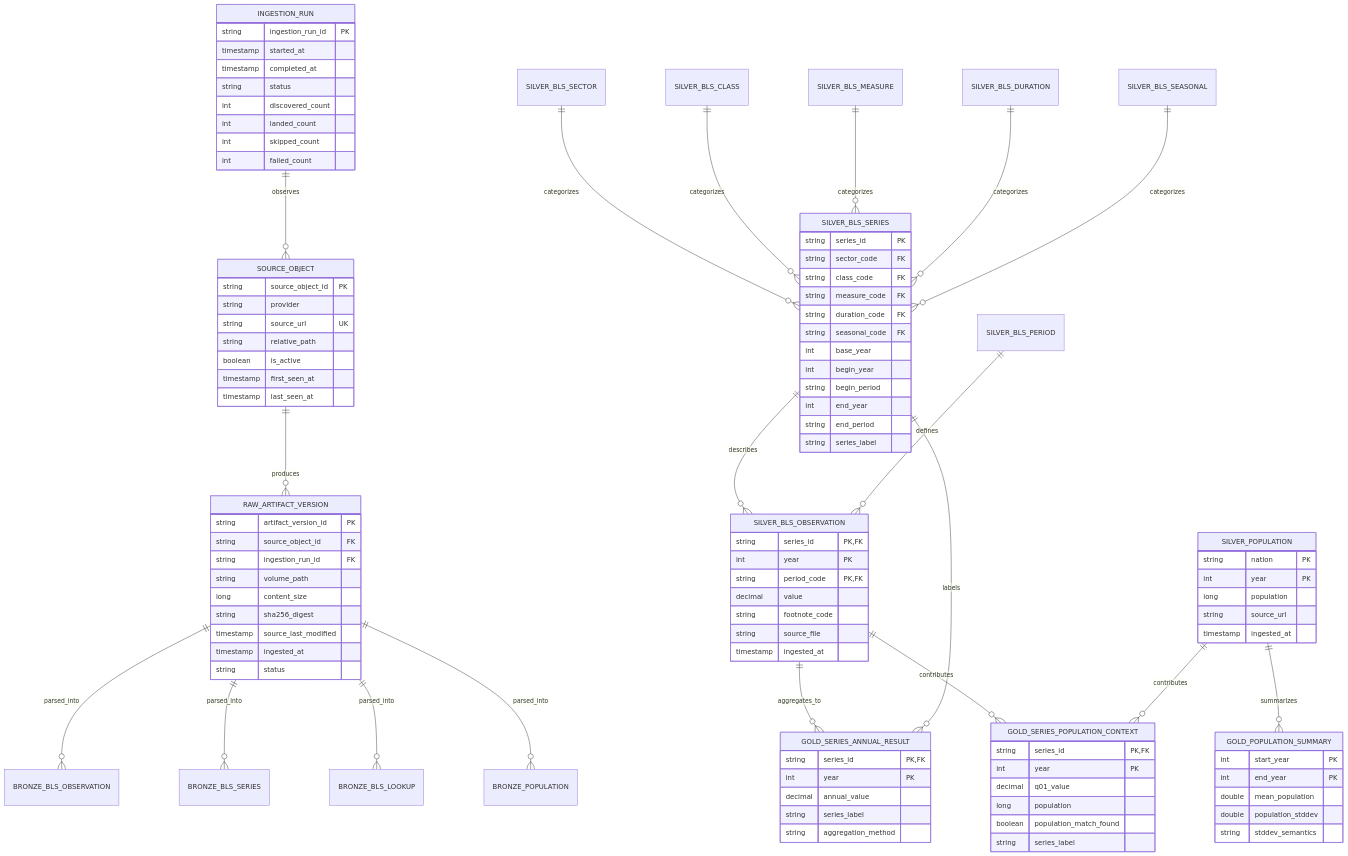
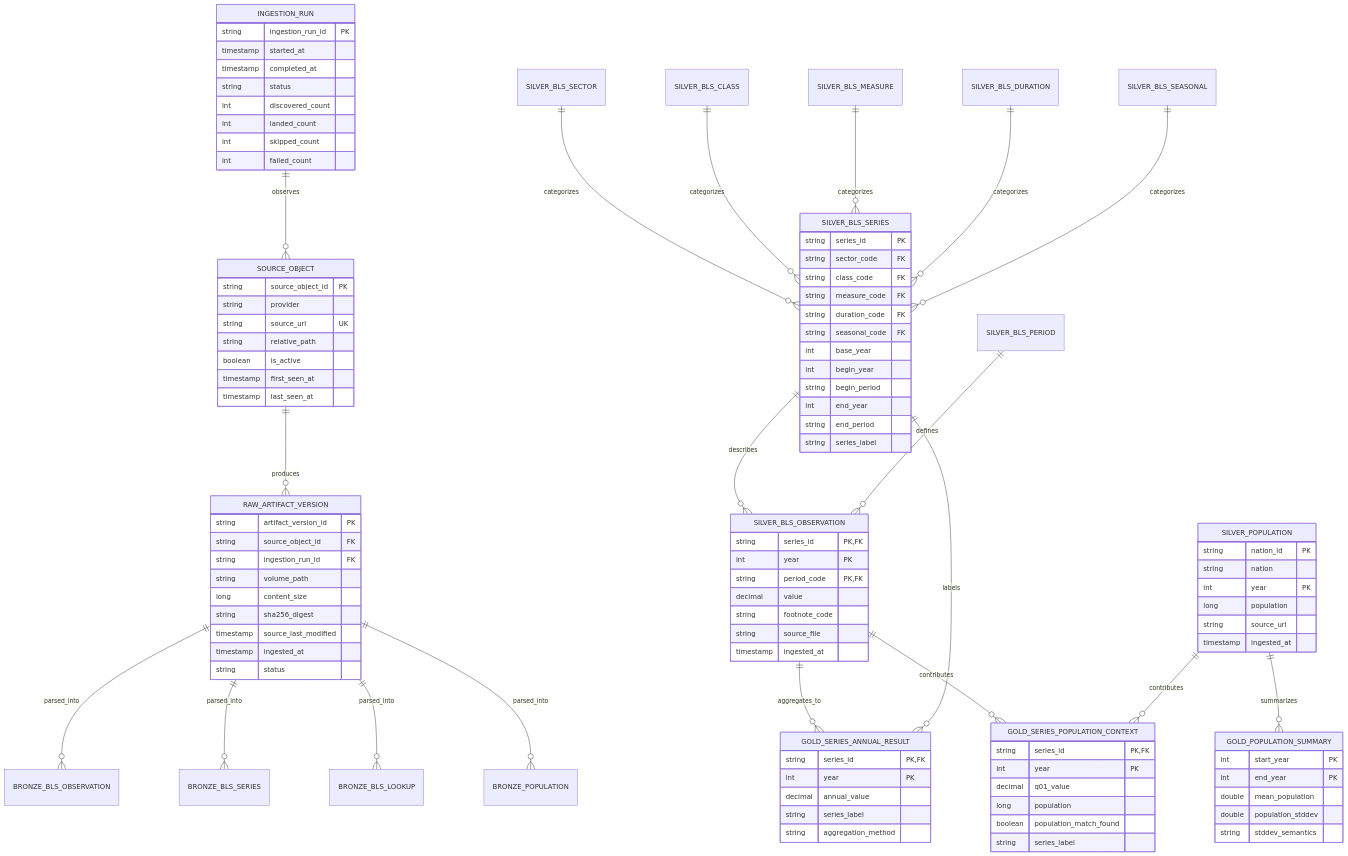
One commit to Hgaines88/data-quest changed the diagram in docs/LOGICAL_DATA_MODEL.md. Above: the diagram before and after it, drawn with Mermaid. The commit also changed other lines of this file and 3 other files, not shown here.

First line of the commit message:
DQ-10: define source schemas and data-quality rules (#46)

```diff
--- a/docs/LOGICAL_DATA_MODEL.md
+++ b/docs/LOGICAL_DATA_MODEL.md
@@ -86,7 +86,8 @@
     }
 
     SILVER_POPULATION {
-        string nation PK
+        string nation_id PK
+        string nation
         int year PK
         long population
         string source_url
```
